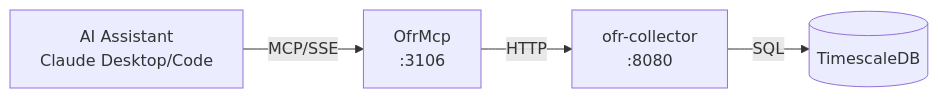
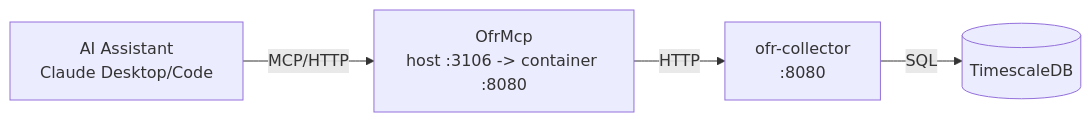
One commit to jpansarasa/ATLAS-Docs changed the diagram in OfrCollector/mcp/README.md. Above: the diagram before and after it, drawn with Mermaid. The commit also changed other lines of this file, not shown here.

````diff
--- a/OfrCollector/mcp/README.md
+++ b/OfrCollector/mcp/README.md
@@ -11,6 +11,6 @@
 ```mermaid
 flowchart LR
-    AI[AI Assistant<br/>Claude Desktop/Code] -->|MCP/SSE| MCP[OfrMcp<br/>:3106]
+    AI[AI Assistant<br/>Claude Desktop/Code] -->|MCP/HTTP| MCP[OfrMcp<br/>host :3106 -> container :8080]
     MCP -->|HTTP| API[ofr-collector<br/>:8080]
     API -->|SQL| DB[(TimescaleDB)]
 ```
````
